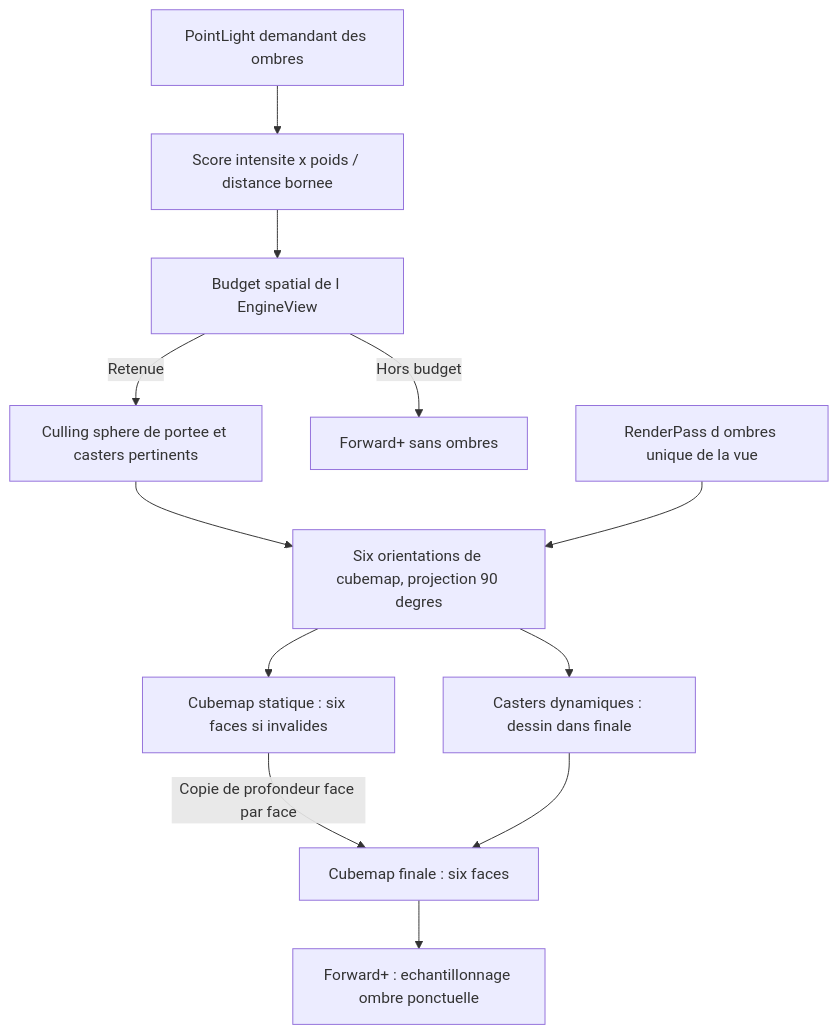
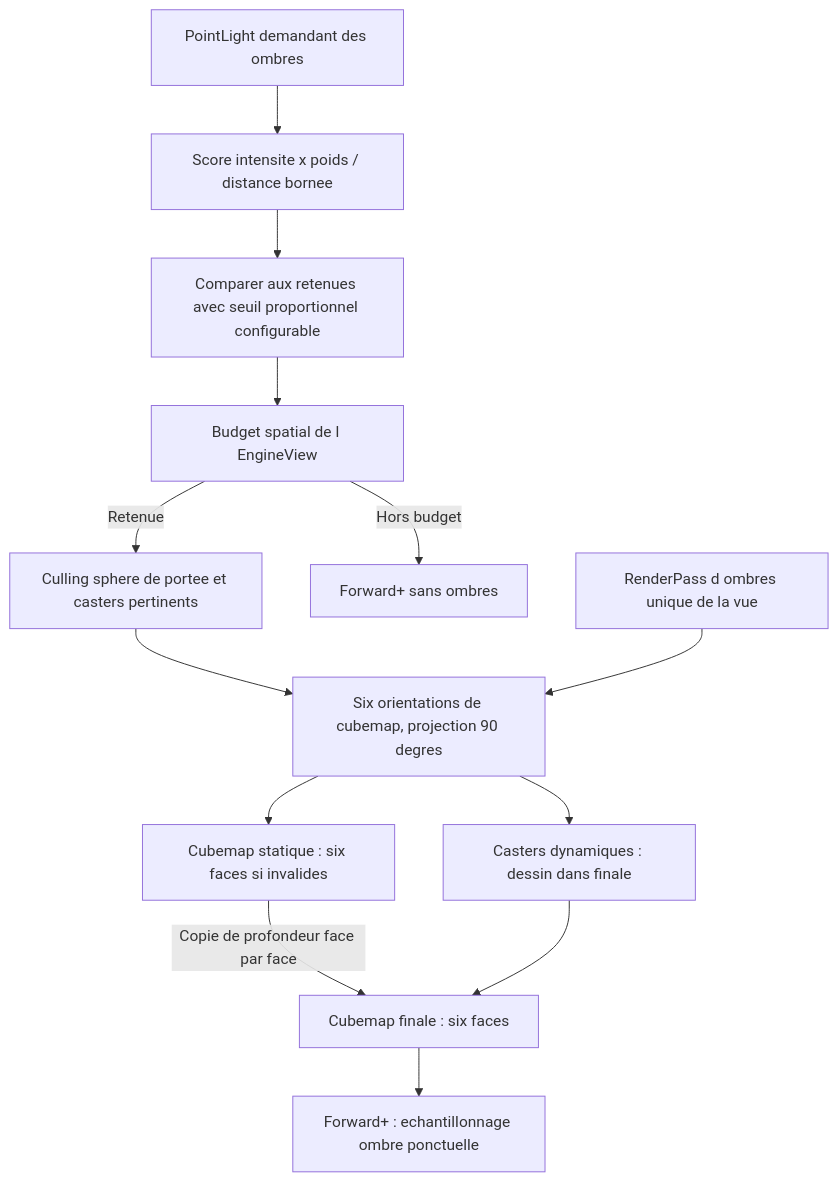
The ninth of 18 diagrams in docs/voxel-engine-v0.1.4-specification.md (EreliaStudio/Sparkle), drawn with Mermaid before and after one commit. The commit also changed other lines of this file, not shown here.

Commit message:
docs(v0.1.4): add configurable proportional hysteresis to point-light shadow budget selection

````diff
--- a/docs/voxel-engine-v0.1.4-specification.md
+++ b/docs/voxel-engine-v0.1.4-specification.md
@@ -710,14 +733,15 @@
 ```mermaid
 flowchart TD
   Point["PointLight demandant des ombres"] --> Score["Score intensite x poids / distance bornee"]
-  Score --> Limit["Budget spatial de l EngineView"]
+  Score --> H["Comparer aux retenues avec seuil proportionnel configurable"]
+  H --> Limit["Budget spatial de l EngineView"]
   Limit -->|"Retenue"| Range["Culling sphere de portee et casters pertinents"]
   Limit -->|"Hors budget"| LightOnly["Forward+ sans ombres"]
   Range --> Faces["Six orientations de cubemap, projection 90 degres"]
   Faces --> Static["Cubemap statique : six faces si invalides"]
   Static -->|"Copie de profondeur face par face"| Final["Cubemap finale : six faces"]
   Faces --> Dyn["Casters dynamiques : dessin dans finale"]
   Dyn --> Final
   Final --> Forward["Forward+ : echantillonnage ombre ponctuelle"]
   ShadowPass["RenderPass d ombres unique de la vue"] --> Faces
 ```
````
